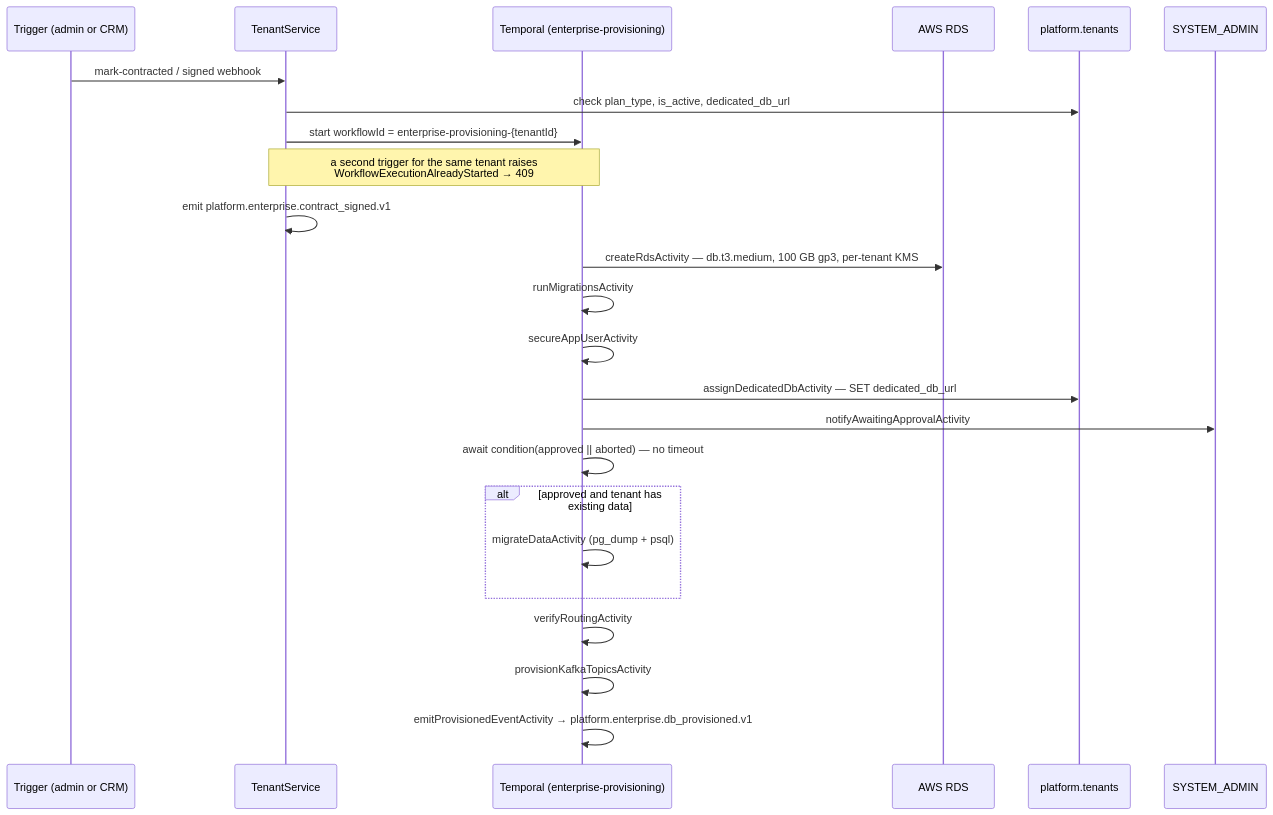
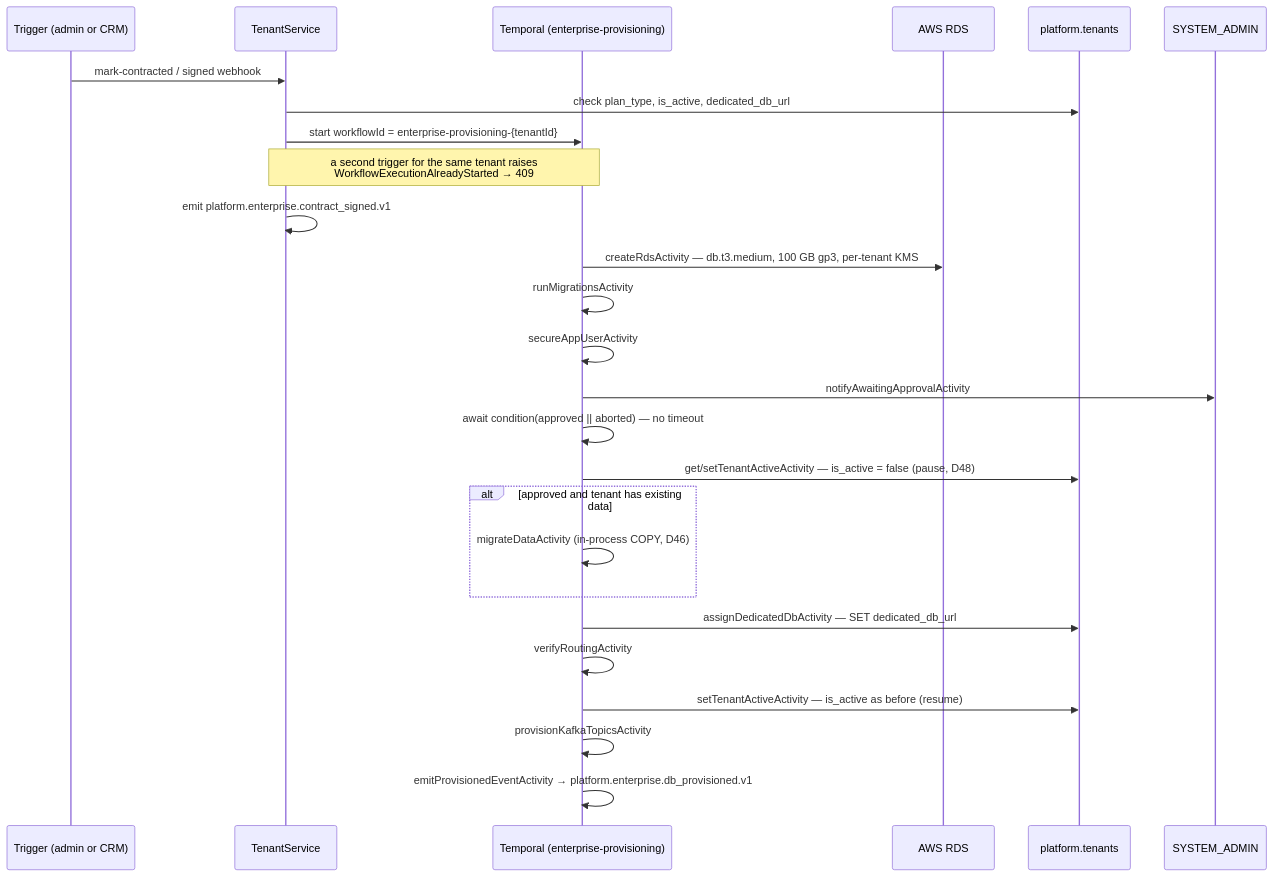
The diagram in docs/architecture/technical-design/phase-25-enterprise-provisioning.md (thitipongroo/cos), drawn with Mermaid before and after one commit. The commit also changed other lines of this file and 22 other files, not shown here.

Commit message:
feat: add tenant pause and resume support to enterprise provisioning workflow

````diff
--- a/docs/architecture/technical-design/phase-25-enterprise-provisioning.md
+++ b/docs/architecture/technical-design/phase-25-enterprise-provisioning.md
@@ -127,27 +127,29 @@
 ```mermaid
 sequenceDiagram
     participant T as Trigger (admin or CRM)
     participant Svc as TenantService
     participant W as Temporal (enterprise-provisioning)
     participant AWS as AWS RDS
     participant DB as platform.tenants
     participant SA as SYSTEM_ADMIN
 
     T->>Svc: mark-contracted / signed webhook
     Svc->>DB: check plan_type, is_active, dedicated_db_url
     Svc->>W: start workflowId = enterprise-provisioning-{tenantId}
     Note over Svc,W: a second trigger for the same tenant raises<br/>WorkflowExecutionAlreadyStarted → 409
     Svc->>Svc: emit platform.enterprise.contract_signed.v1
     W->>AWS: createRdsActivity — db.t3.medium, 100 GB gp3, per-tenant KMS
     W->>W: runMigrationsActivity
     W->>W: secureAppUserActivity
-    W->>DB: assignDedicatedDbActivity — SET dedicated_db_url
     W->>SA: notifyAwaitingApprovalActivity
     W->>W: await condition(approved || aborted) — no timeout
+    W->>DB: get/setTenantActiveActivity — is_active = false (pause, D48)
     alt approved and tenant has existing data
-        W->>W: migrateDataActivity (pg_dump + psql)
+        W->>W: migrateDataActivity (in-process COPY, D46)
     end
+    W->>DB: assignDedicatedDbActivity — SET dedicated_db_url
     W->>W: verifyRoutingActivity
+    W->>DB: setTenantActiveActivity — is_active as before (resume)
     W->>W: provisionKafkaTopicsActivity
     W->>W: emitProvisionedEventActivity → platform.enterprise.db_provisioned.v1
 ```
````
